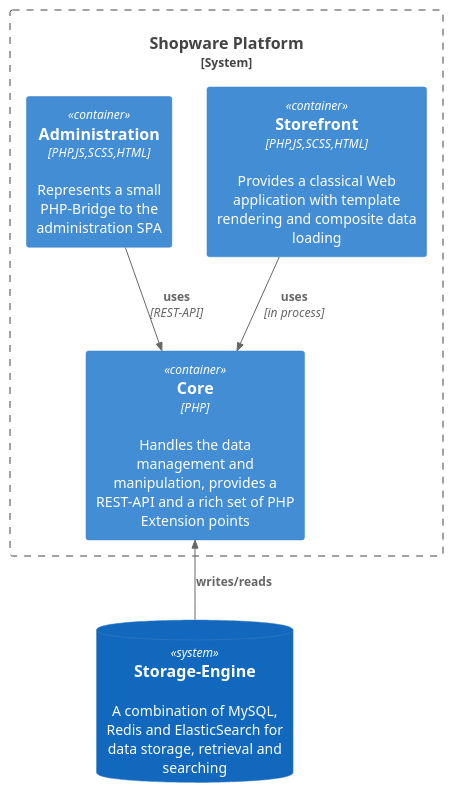
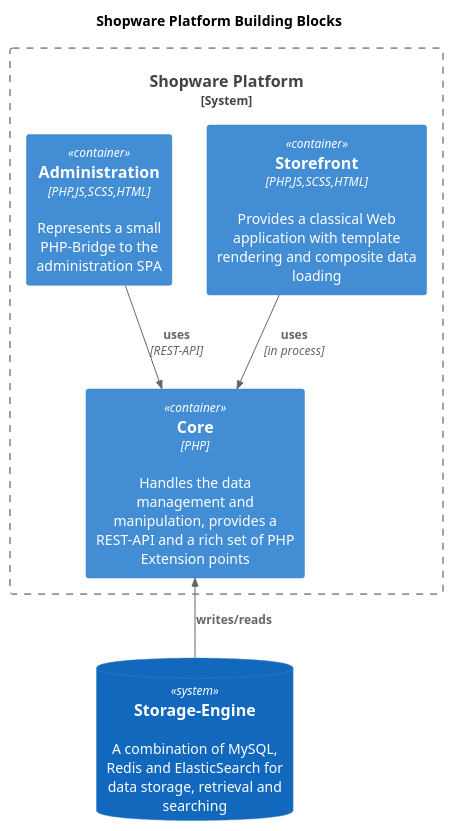
The diagram in src/Docs/_new/2-platform/_puml/platform-container.puml (shopware/shopware), drawn with PlantUML before and after one commit. The commit also changed 2 other files, not shown here.

```diff
--- a/src/Docs/_new/2-platform/_puml/platform-container.puml
+++ b/src/Docs/_new/2-platform/_puml/platform-container.puml
@@ -1,18 +1,20 @@
 @startuml LAYOUT_TOP_DOWN
 !includeurl https://raw.githubusercontent.com/RicardoNiepel/C4-PlantUML/master/C4_Container.puml
+
+title Shopware Platform Building Blocks
 
 System_Boundary(c1, "Shopware Platform") {
 
     Container(core, "Core", "PHP", "Handles the data management and manipulation, provides a REST-API and a rich set of PHP Extension points")
 
     Container(storefront, "Storefront", "PHP,JS,SCSS,HTML", "Provides a classical Web application with template rendering and composite data loading")
 
     Container(admin, "Administration", "PHP,JS,SCSS,HTML", "Represents a small PHP-Bridge to the administration SPA")
 }
 
 SystemDb(db, "Storage-Engine", "A combination of MySQL, Redis and ElasticSearch for data storage, retrieval and searching")
 
 Rel_D(admin, core, "uses", "REST-API")
 Rel_D(storefront, core, "uses", "in process")
 Rel_U(db, core, "writes/reads")
 @enduml
```
